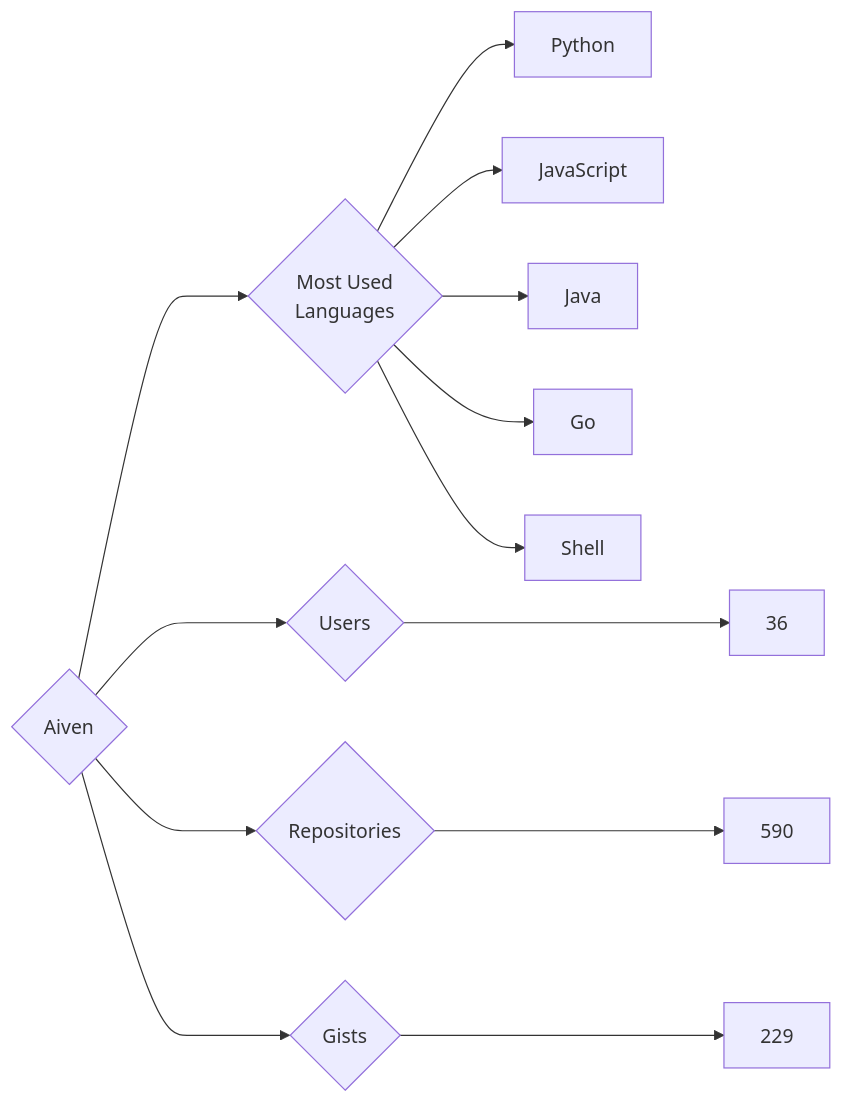
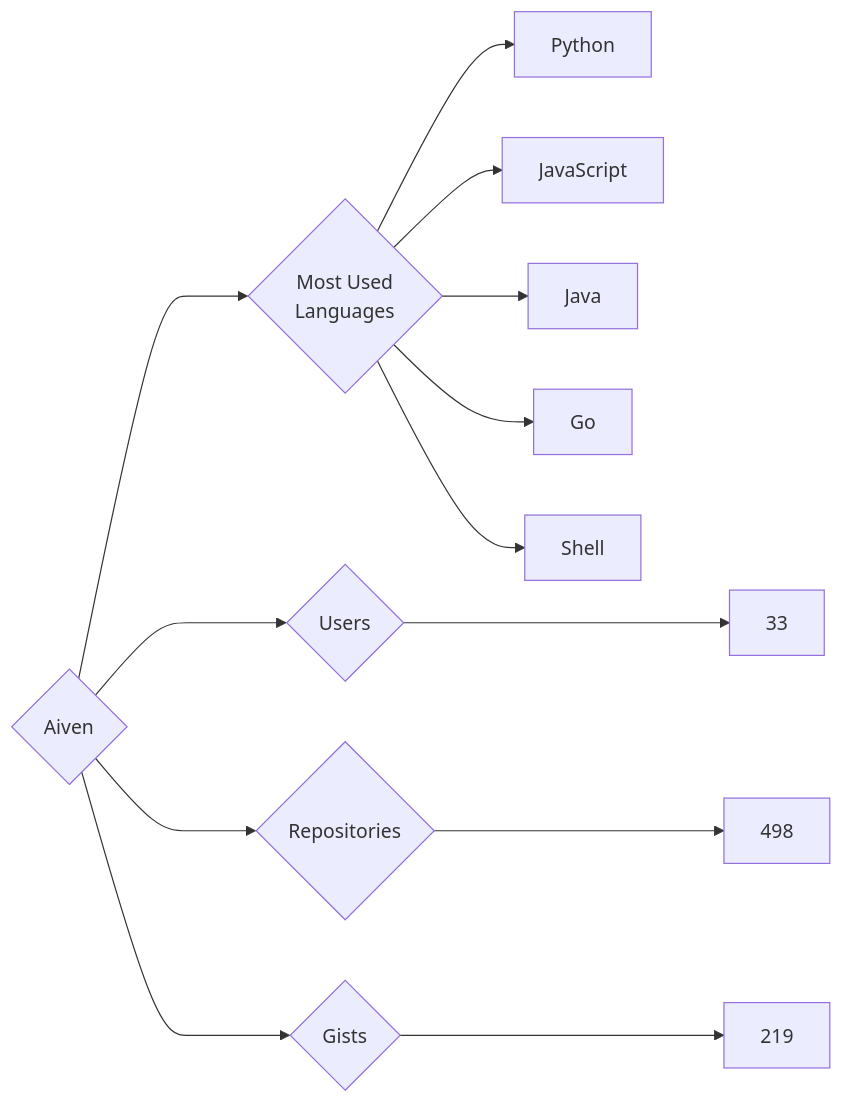
The diagram in targets/Aiven/README.md (trickest/insiders), drawn with Mermaid before and after one commit. The commit also changed 847 other files, not shown here.

````diff
--- a/targets/Aiven/README.md
+++ b/targets/Aiven/README.md
@@ -3,13 +3,13 @@
 ```mermaid
 graph LR
 COMPANY_NAME{Aiven}
-COMPANY_NAME ---> U{Users} ---> UN[36]
-COMPANY_NAME ---> R{Repositories} ---> RN[590]
-COMPANY_NAME ---> G{Gists} ---> GN[229]
+COMPANY_NAME ---> U{Users} ---> UN[33]
+COMPANY_NAME ---> R{Repositories} ---> RN[498]
+COMPANY_NAME ---> G{Gists} ---> GN[219]
 COMPANY_NAME ---> ML{Most Used<br>Languages}
 ML --> Python[Python]
 ML --> JavaScript[JavaScript]
 ML --> Java[Java]
 ML --> Go[Go]
 ML --> Shell[Shell]
 ```
````
